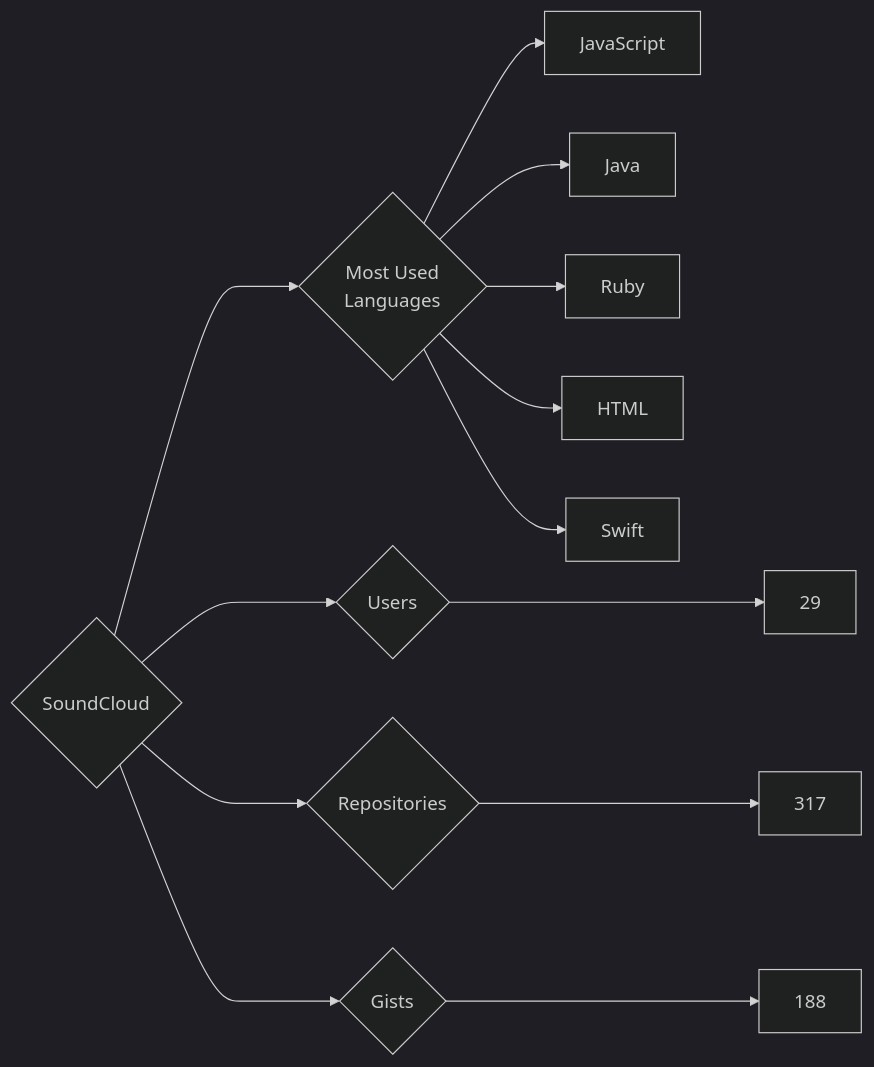
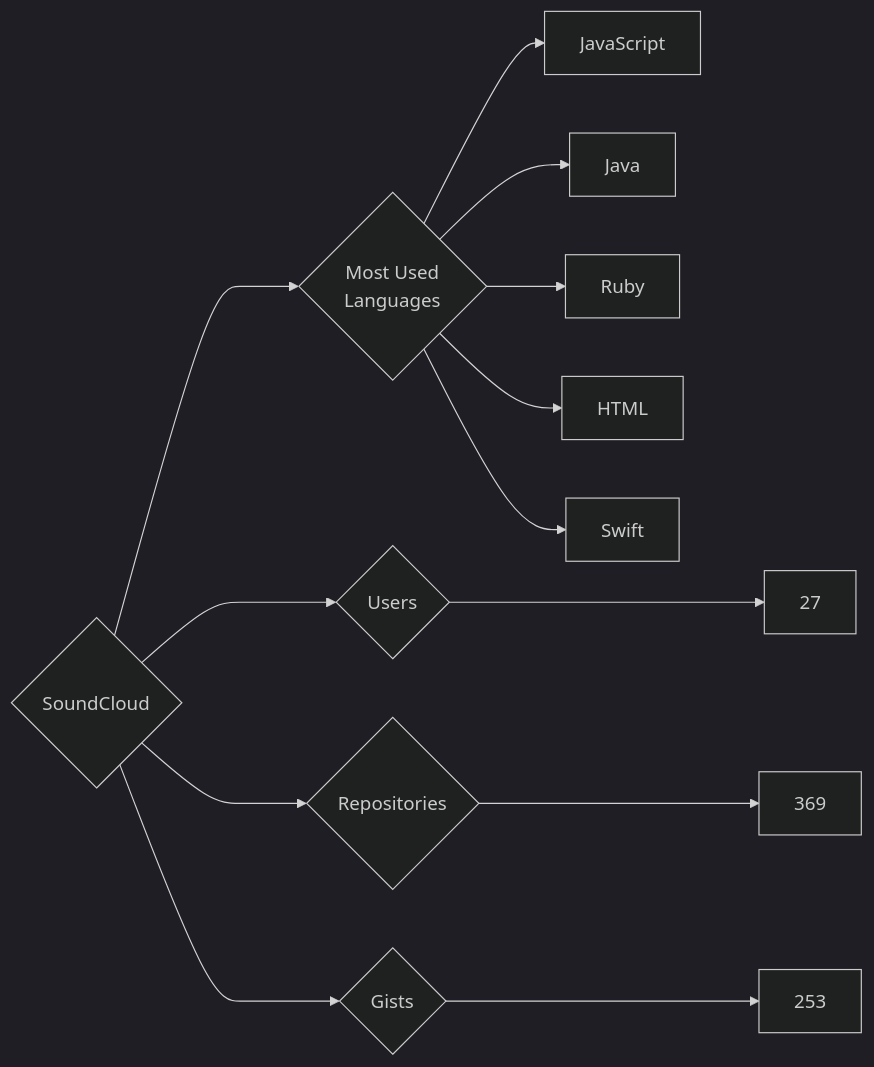
Before and after one commit to trickest/insiders: the diagram in targets/SoundCloud/README.md, drawn with Mermaid (dark theme). The commit also changed 969 other files, not shown here.

````diff
--- a/targets/SoundCloud/README.md
+++ b/targets/SoundCloud/README.md
@@ -3,13 +3,13 @@
 ```mermaid
 graph LR
 COMPANY_NAME{SoundCloud}
-COMPANY_NAME ---> U{Users} ---> UN[29]
-COMPANY_NAME ---> R{Repositories} ---> RN[317]
-COMPANY_NAME ---> G{Gists} ---> GN[188]
+COMPANY_NAME ---> U{Users} ---> UN[27]
+COMPANY_NAME ---> R{Repositories} ---> RN[369]
+COMPANY_NAME ---> G{Gists} ---> GN[253]
 COMPANY_NAME ---> ML{Most Used<br>Languages}
 ML --> JavaScript[JavaScript]
 ML --> Java[Java]
 ML --> Ruby[Ruby]
 ML --> HTML[HTML]
 ML --> Swift[Swift]
 ```
````
